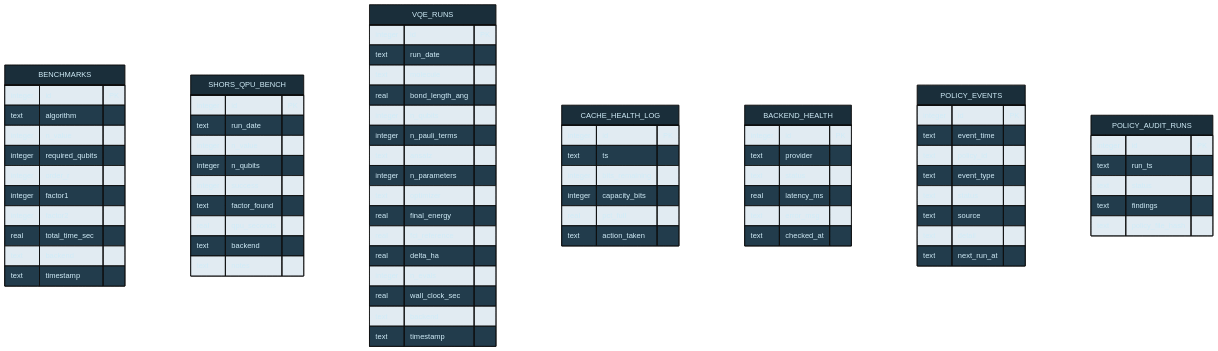
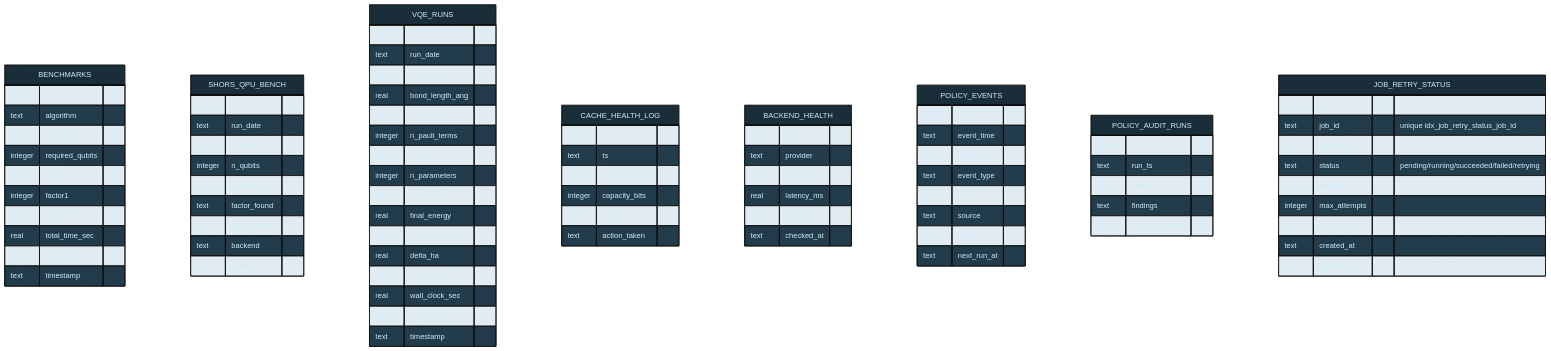
The diagram in diagrams/quantum-db-schema.mmd (tylerdrakemusic/-Workspace), drawn with Mermaid before and after one commit.

Commit message:
docs: add JOB_RETRY_STATUS entity to quantum DB schema diagram (FR-20260704-qiskit-aer-retry-supervisor)

```diff
--- a/diagrams/quantum-db-schema.mmd
+++ b/diagrams/quantum-db-schema.mmd
@@ -1,86 +1,99 @@
 %%{init: {'theme': 'base', 'themeVariables': {'primaryColor': '#1a2e3a', 'primaryTextColor': '#d0ecf8', 'edgeLabelBackground': '#0f1318', 'lineColor': '#4a7a9a'}}}%%
 erDiagram
     BENCHMARKS {
         integer id PK
         text algorithm
         integer n_value
         integer required_qubits
         integer order_r
         integer factor1
         integer factor2
         real total_time_sec
         text backend
         text timestamp
     }
 
     %% --- Shor's QPU benchmarking (FR-20260428-shors-monthly-qpu-bench) ---
     SHORS_QPU_BENCH {
         integer id PK
         text run_date
         integer n_value
         integer n_qubits
         integer success
         text factor_found
         real qpu_seconds
         text backend
         text notes
     }
 
     %% --- VQE molecular simulation runs (FR-20260430-vqe-aer-bench) ---
     VQE_RUNS {
         integer id PK
         text run_date
         text molecule
         real bond_length_ang
         integer n_qubits
         integer n_pauli_terms
         text ansatz
         integer n_parameters
         text optimizer
         real final_energy
         real fci_reference
         real delta_ha
         integer n_evals
         real wall_clock_sec
         text backend
         text timestamp
     }
 
     %% --- Cache Monitoring ---
     CACHE_HEALTH_LOG {
         integer id PK
         text ts
         integer bits_remaining
         integer capacity_bits
         real pct_full
         text action_taken
     }
 
     %% --- Backend availability monitor (FR-20260614) ---
     BACKEND_HEALTH {
         integer id PK
         text provider
         text status
         real latency_ms
         text error_msg
         text checked_at
     }
 
     %% --- Execution policy events/audit (FR-20260527-execution-policy-auditor) ---
     POLICY_EVENTS {
         integer id PK
         text event_time
         text policy_id
         text event_type
         text status
         text source
         text detail
         text next_run_at
     }
     POLICY_AUDIT_RUNS {
         integer id PK
         text run_ts
         text status
         text findings
         text policy_file_hash
     }
+
+    %% --- Batch job retry/backoff (FR-20260704-qiskit-aer-retry-supervisor) ---
+    JOB_RETRY_STATUS {
+        integer id PK
+        text job_id "unique idx_job_retry_status_job_id"
+        text backend
+        text status "pending/running/succeeded/failed/retrying"
+        integer attempt
+        integer max_attempts
+        text error_msg
+        text created_at
+        text updated_at
+    }
```
